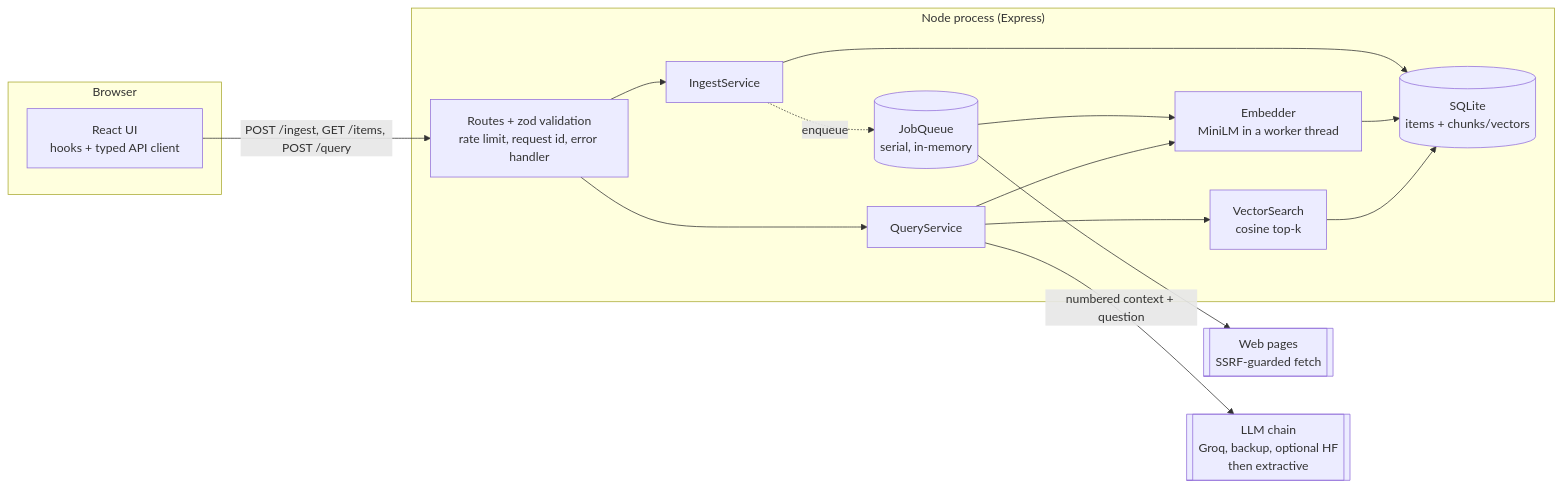
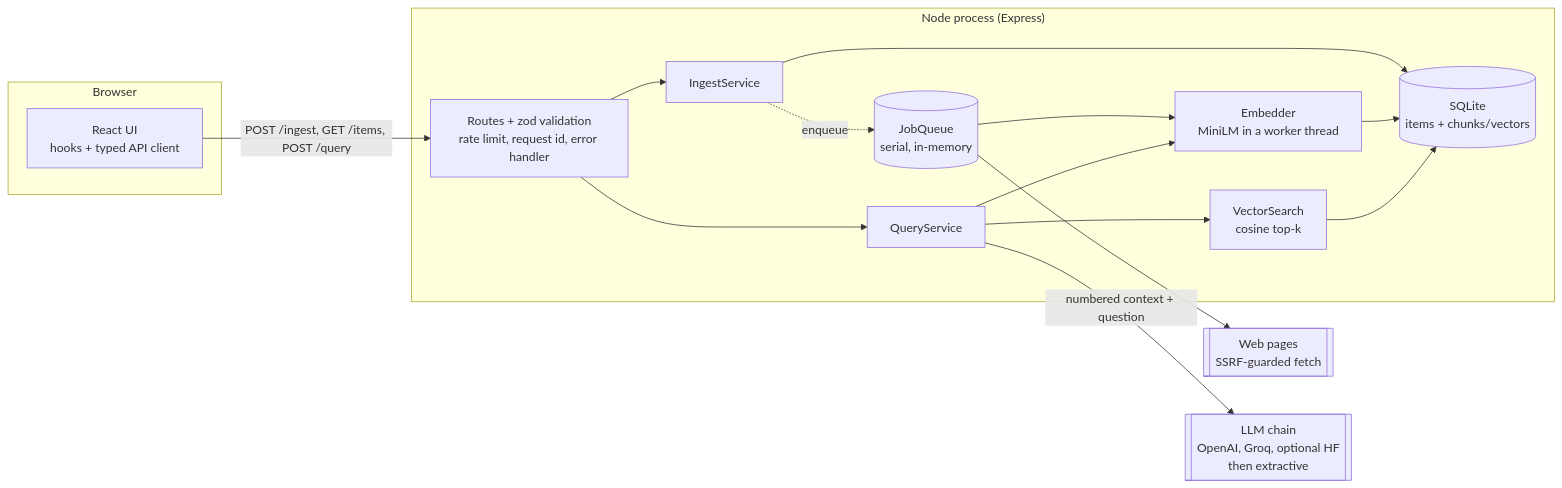
One commit to lokesh9999b/ai-knowledge-inbox changed the first of 3 diagrams in docs/architecture/system-design.md. Above: the diagram before and after it, drawn with Mermaid. The commit also changed other lines of this file and 20 other files, not shown here.

First line of the commit message:
feat: OpenAI as optional main LLM provider; Docker packaging with CI smoke test (#20)

````diff
--- a/docs/architecture/system-design.md
+++ b/docs/architecture/system-design.md
@@ -19,25 +19,25 @@
 ```mermaid
 flowchart LR
   subgraph Browser
     UI[React UI<br/>hooks + typed API client]
   end
   subgraph "Node process (Express)"
     R[Routes + zod validation<br/>rate limit, request id, error handler]
     I[IngestService]
     Q[QueryService]
     JQ[(JobQueue<br/>serial, in-memory)]
     E[Embedder<br/>MiniLM in a worker thread]
     VS[VectorSearch<br/>cosine top-k]
     DB[(SQLite<br/>items + chunks/vectors)]
   end
   W[[Web pages<br/>SSRF-guarded fetch]]
-  G[[LLM chain<br/>Groq, backup, optional HF<br/>then extractive]]
+  G[[LLM chain<br/>OpenAI, Groq, optional HF<br/>then extractive]]
 
   UI -- "POST /ingest, GET /items, POST /query" --> R
   R --> I --> DB
   I -. enqueue .-> JQ --> W
   JQ --> E --> DB
   R --> Q --> VS --> DB
   Q --> E
   Q -- "numbered context + question" --> G
 ```
````
